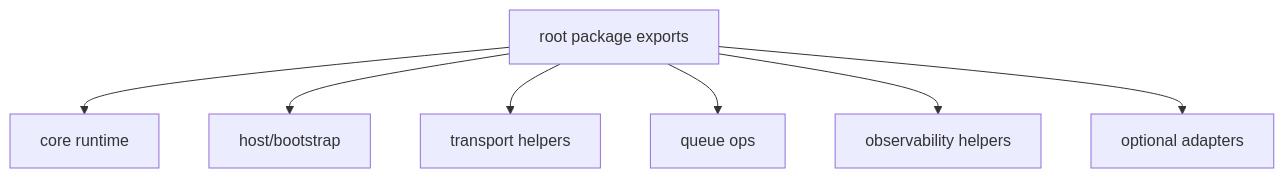
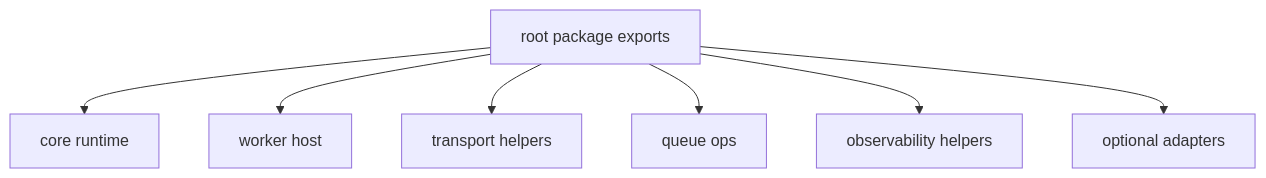
The first of 2 diagrams in docs/ARCHITECTURE.md (idenstra/messaging-runtime), drawn with Mermaid before and after one commit. The commit also changed other lines of this file and 19 other files, not shown here.

````diff
--- a/docs/ARCHITECTURE.md
+++ b/docs/ARCHITECTURE.md
@@ -68,17 +68,17 @@
 ```mermaid
 flowchart TD
   Root["root package exports"]
   Core["core runtime"]
-  Host["host/bootstrap"]
+  Host["worker host"]
   Transport["transport helpers"]
   QueueOps["queue ops"]
   Observability["observability helpers"]
   Adapters["optional adapters"]
 
   Root --> Core
   Root --> Host
   Root --> Transport
   Root --> QueueOps
   Root --> Observability
   Root --> Adapters
 ```
````
